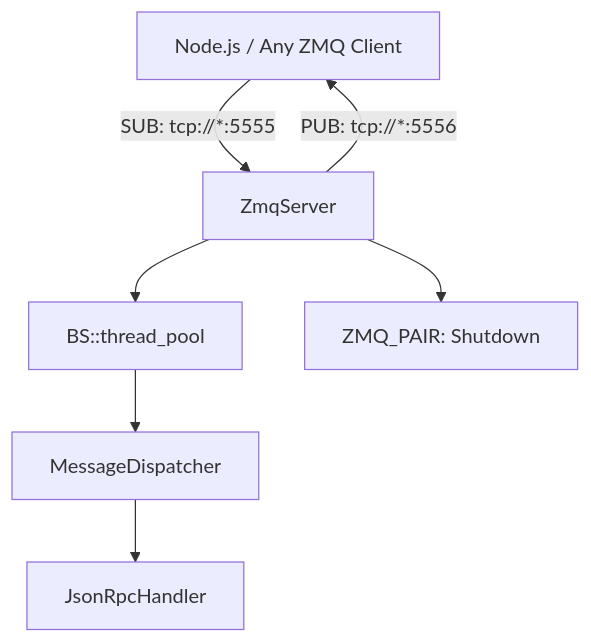
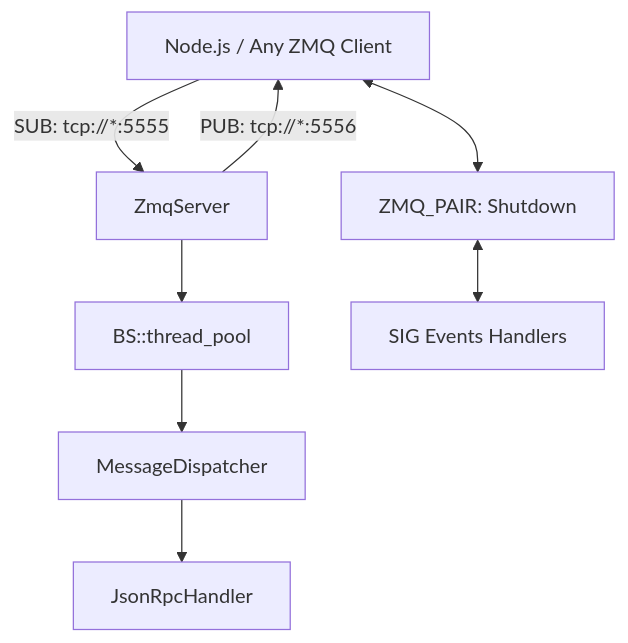
One commit to KrishnaPG/zmq-task-dispatcher changed the diagram in README.md. Above: the diagram before and after it, drawn with Mermaid.

Commit message:
impl: mermaid updated

````diff
--- a/README.md
+++ b/README.md
@@ -9,9 +9,10 @@
 ```mermaid
 graph TD
     A[Node.js / Any ZMQ Client] -->|SUB: tcp://*:5555| B[ZmqServer]
     B -->|PUB: tcp://*:5556| A
     B --> C[BS::thread_pool]
     C --> D[MessageDispatcher]
     D --> E[JsonRpcHandler]
-    B --> F[ZMQ_PAIR: Shutdown]
+    A <--> F[ZMQ_PAIR: Shutdown]
+    F <--> H[SIG Events Handlers]
 ```
````
